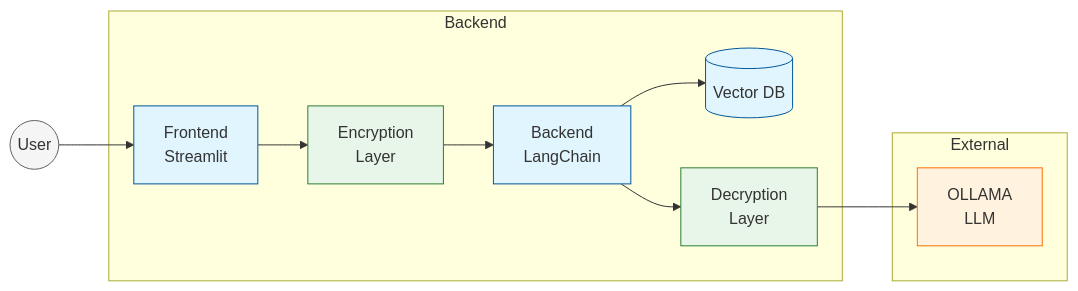
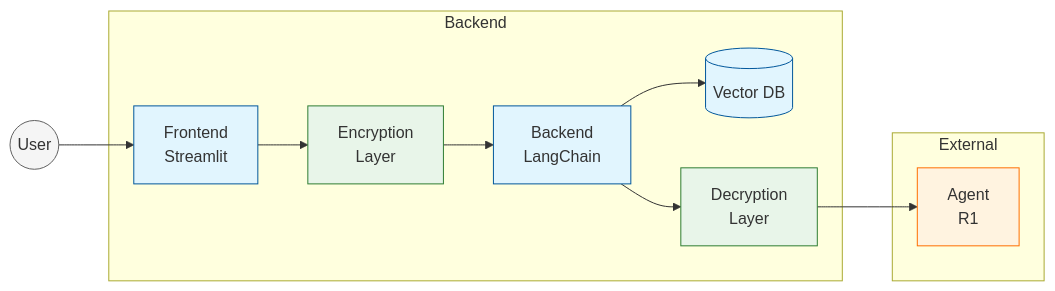
The diagram in README.md (Agentic-OS/Sec-ConvAgent), drawn with Mermaid before and after one commit.

Commit message:
built Documentation README.md and docker and LLM

````diff
--- a/README.md
+++ b/README.md
@@ -8,31 +8,31 @@
 ```mermaid
 graph LR
     U((User)) --> F[Frontend<br>Streamlit]
     F --> E[Encryption<br>Layer]
     E --> B[Backend<br>LangChain]
     B --> V[(Vector DB)]
     B --> D[Decryption<br>Layer]
-    D --> O[OLLAMA<br>LLM]
+    D --> O[Agent<br>R1]
     
     subgraph Backend
         F
         E
         B
         D
         V
     end
     
     subgraph External
         O
     end
 
     classDef container fill:#e1f5fe,stroke:#01579b
     classDef external fill:#fff3e0,stroke:#ff6f00
     classDef user fill:#f5f5f5,stroke:#616161
     classDef security fill:#e8f5e9,stroke:#2e7d32
     
     class F,B,V container
     class O external
     class U user
     class E,D security
 ```
````
